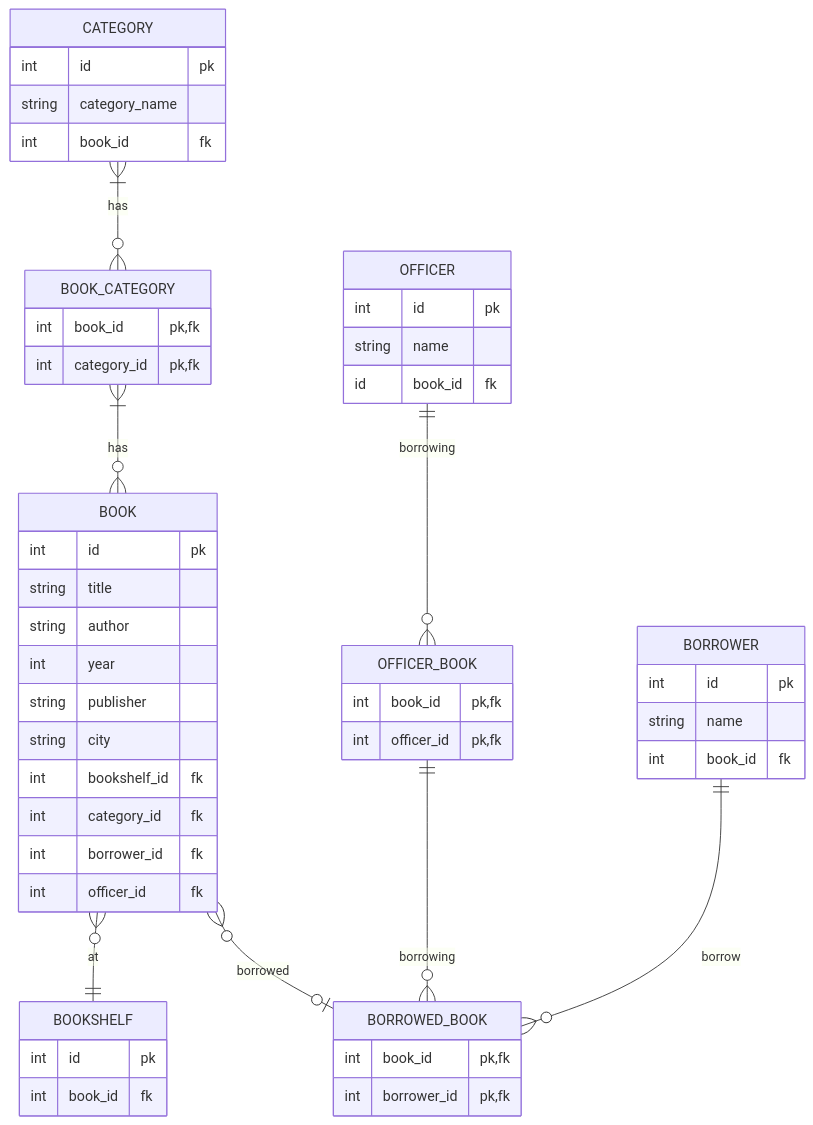
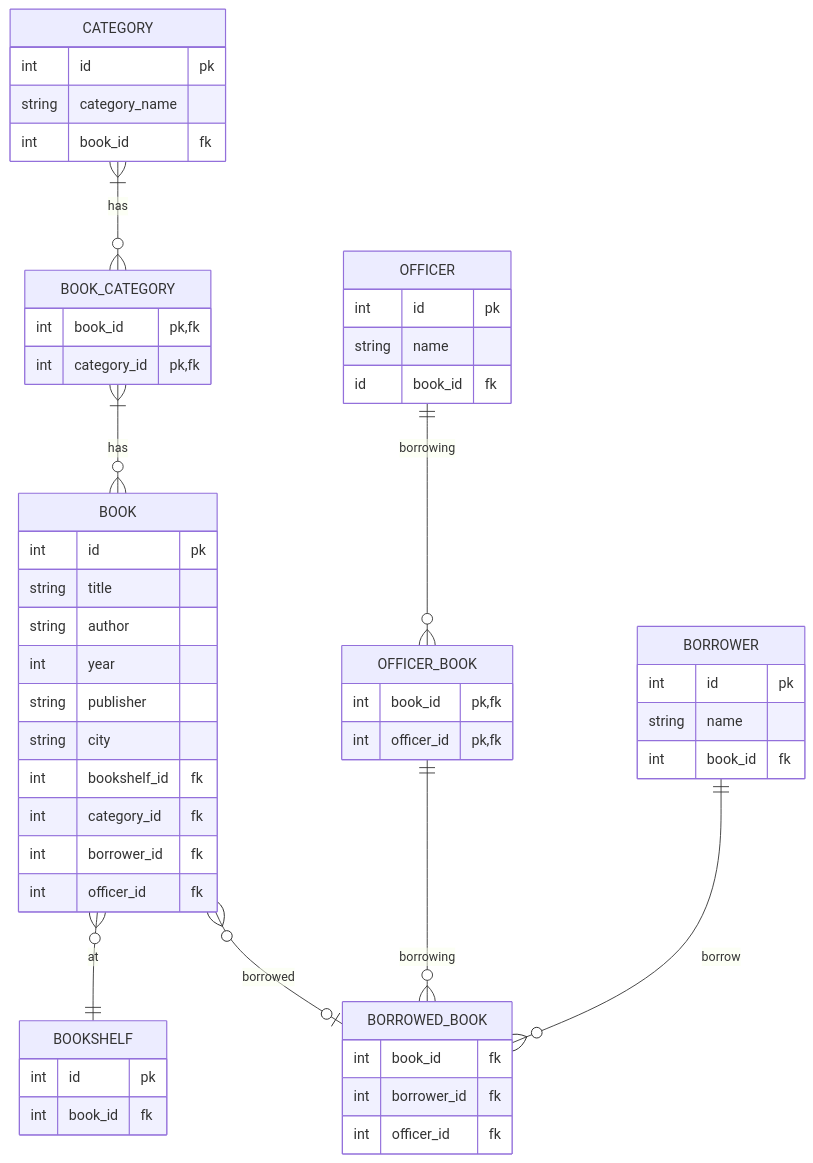
One commit to Arif14377/koda-b6-db1 changed the diagram in README.md. Above: the diagram before and after it, drawn with Mermaid. The commit also changed 1 other file, not shown here.

Commit message:
feat: change table fk from book to bookshelf

````diff
--- a/README.md
+++ b/README.md
@@ -1,61 +1,62 @@
 ```mermaid
     erDiagram
         BOOK }o--|| BOOKSHELF : at
         BOOK {
             int id pk
             string title
             string author
             int year
             string publisher
             string city
             int bookshelf_id fk
             int category_id fk
             int borrower_id fk
             int officer_id fk
         }
 
 
         BOOK }o--o| BORROWED_BOOK : borrowed
         BORROWED_BOOK {
-            int book_id pk, fk
-            int borrower_id pk, fk
+            int book_id fk
+            int borrower_id fk
+            int officer_id fk
         }
 
         OFFICER_BOOK ||--o{ BORROWED_BOOK : borrowing
         OFFICER_BOOK {
             int book_id pk, fk
             int officer_id pk, fk
         }
 
         BOOKSHELF {
             int id pk
             int book_id fk
         }
 
         OFFICER ||--o{ OFFICER_BOOK : borrowing
         OFFICER {
             int id pk
             string name
             id book_id fk
         }
 
         BORROWER ||--o{ BORROWED_BOOK : borrow
         BORROWER {
             int id pk
             string name
             int book_id fk
         }
 
         CATEGORY }|--o{ BOOK_CATEGORY : has
         CATEGORY {
             int id pk
             string category_name
             int book_id fk
         }
 
         BOOK_CATEGORY }|--o{ BOOK : has
         BOOK_CATEGORY {
             int book_id pk, fk
             int category_id pk, fk
         }
 ```
````
